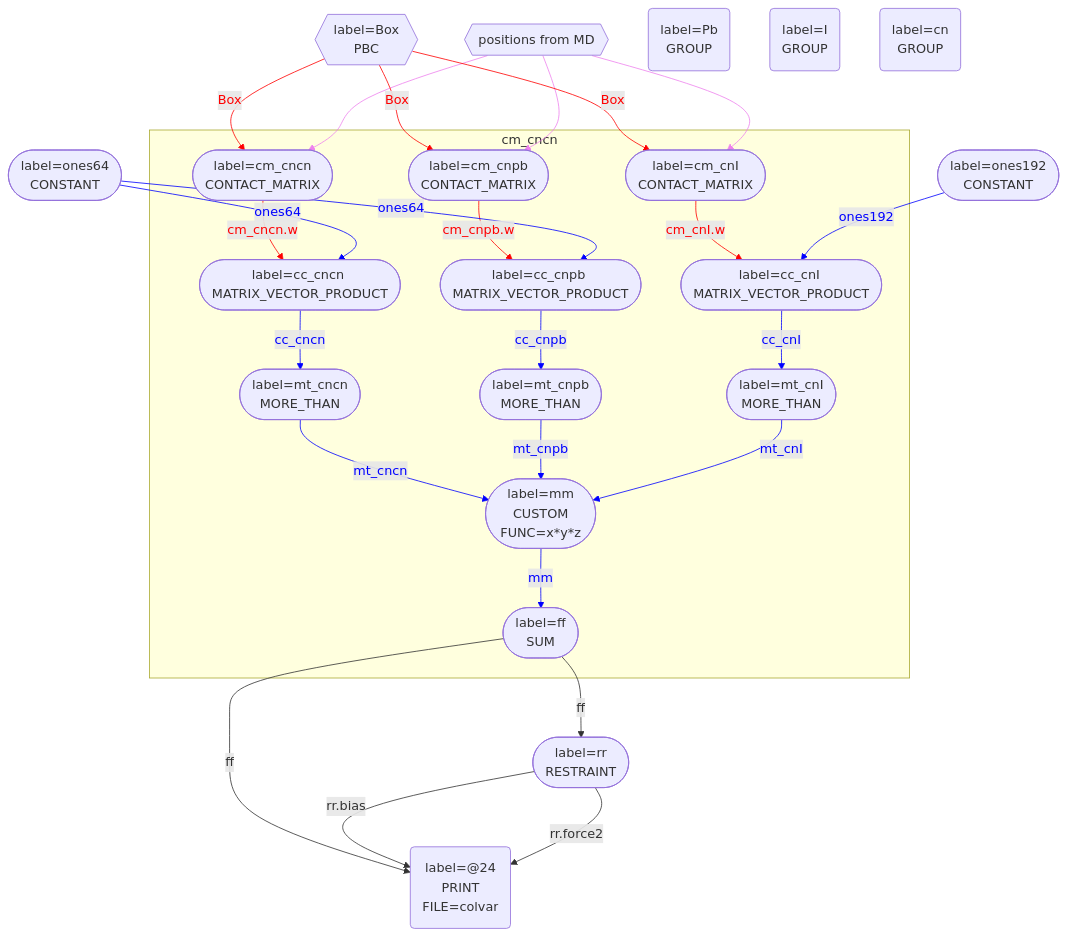
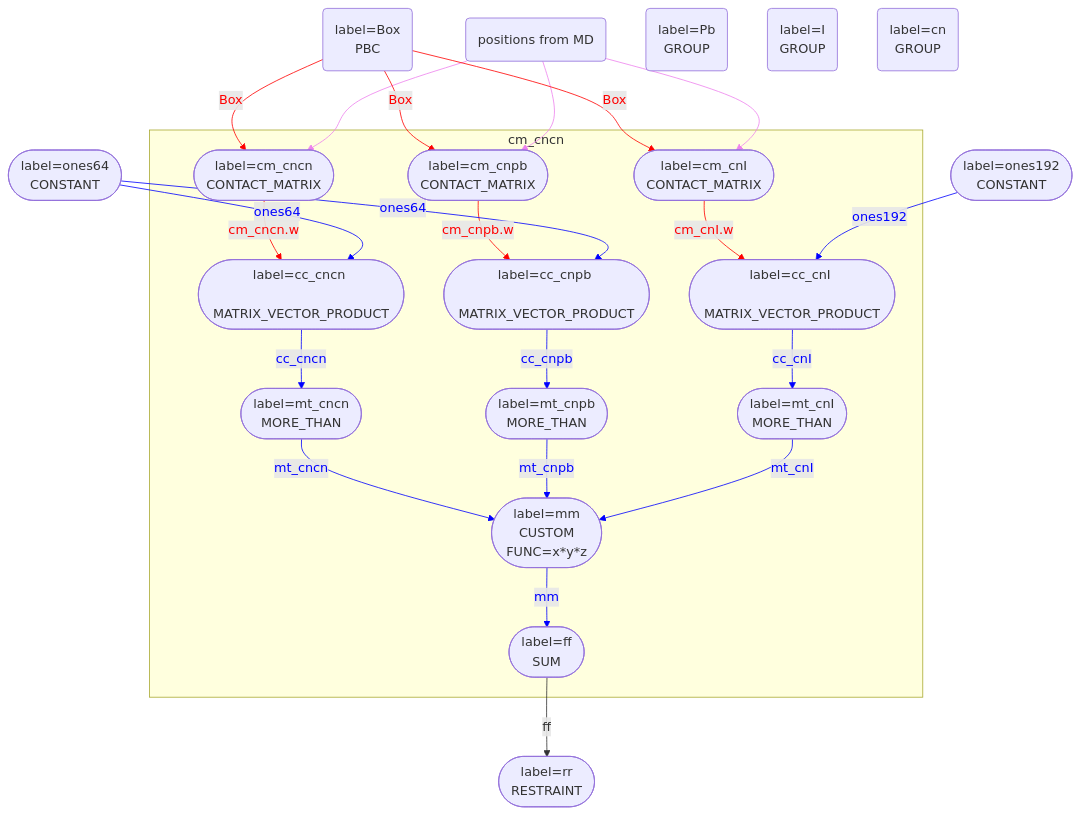
Before and after one commit to gtribello/plumed-thoughts: the third of 4 diagrams in contactMatrix.md, drawn with Mermaid. The commit also changed other lines of this file and 1 other file, not shown here.

Commit message:
Fixed graphs on contact matrix page hopefully

````diff
--- a/contactMatrix.md
+++ b/contactMatrix.md
@@ -210,60 +203,60 @@
 ```mermaid
 flowchart TB 
-MD{{positions from MD}}
-Box{{"`label=Box 
+MD(positions from MD)
+Box("label=Box 
  PBC 
-`"}}
-Pb("`label=Pb 
+")
+Pb("label=Pb 
  GROUP 
-`")
-I("`label=I 
+")
+I("label=I 
  GROUP 
-`")
-cn("`label=cn 
+")
+cn("label=cn 
  GROUP 
-`")
-ones64(["`label=ones64 
+")
+ones64(["label=ones64 
  CONSTANT 
-`"])
+"])
 Box -- Box --> cm_cncn
 linkStyle 0 stroke:red,color:red;
 MD --> cm_cncn
 linkStyle 1 stroke:violet,color:violet;
 subgraph subcm_cncn [cm_cncn]
-cm_cncn(["`label=cm_cncn 
+cm_cncn(["label=cm_cncn 
  CONTACT_MATRIX 
-`"])
-cc_cncn(["`label=cc_cncn 
+"])
+cc_cncn(["label=cc_cncn 
  MATRIX_VECTOR_PRODUCT 
-`"])
-mt_cncn(["`label=mt_cncn 
+"])
+mt_cncn(["label=mt_cncn 
  MORE_THAN 
-`"])
-cm_cnpb(["`label=cm_cnpb 
+"])
+cm_cnpb(["label=cm_cnpb 
  CONTACT_MATRIX 
-`"])
-cc_cnpb(["`label=cc_cnpb 
+"])
+cc_cnpb(["label=cc_cnpb 
  MATRIX_VECTOR_PRODUCT 
-`"])
-mt_cnpb(["`label=mt_cnpb 
+"])
+mt_cnpb(["label=mt_cnpb 
  MORE_THAN 
-`"])
-cm_cnI(["`label=cm_cnI 
+"])
+cm_cnI(["label=cm_cnI 
  CONTACT_MATRIX 
-`"])
-cc_cnI(["`label=cc_cnI 
+"])
+cc_cnI(["label=cc_cnI 
  MATRIX_VECTOR_PRODUCT 
-`"])
-mt_cnI(["`label=mt_cnI 
+"])
+mt_cnI(["label=mt_cnI 
  MORE_THAN 
-`"])
-mm(["`label=mm 
+"])
+mm(["label=mm 
  CUSTOM
-FUNC=x\*y\*z 
-`"])
-ff(["`label=ff 
+FUNC=x*y*z 
+"])
+ff(["label=ff 
  SUM 
-`"])
+"])
 end
 cm_cncn -- cm_cncn.w --> cc_cncn
 linkStyle 2 stroke:red,color:red;
@@ -281,9 +274,9 @@
 linkStyle 8 stroke:blue,color:blue;
 cc_cnpb -- cc_cnpb --> mt_cnpb
 linkStyle 9 stroke:blue,color:blue;
-ones192(["`label=ones192 
+ones192(["label=ones192 
  CONSTANT 
-`"])
+"])
 Box -- Box --> cm_cnI
 linkStyle 10 stroke:red,color:red;
 MD --> cm_cnI
@@ -303,14 +296,7 @@
 mm -- mm --> ff
 linkStyle 18 stroke:blue,color:blue;
 ff -- ff --> rr
-rr(["`label=rr 
+rr(["label=rr 
  RESTRAINT 
-`"])
-ff -- ff --> 24
-rr -- rr.bias --> 24
-rr -- rr.force2 --> 24
-24("`label=#64;24 
- PRINT
-FILE=colvar 
-`")
+"])
 ```
````
